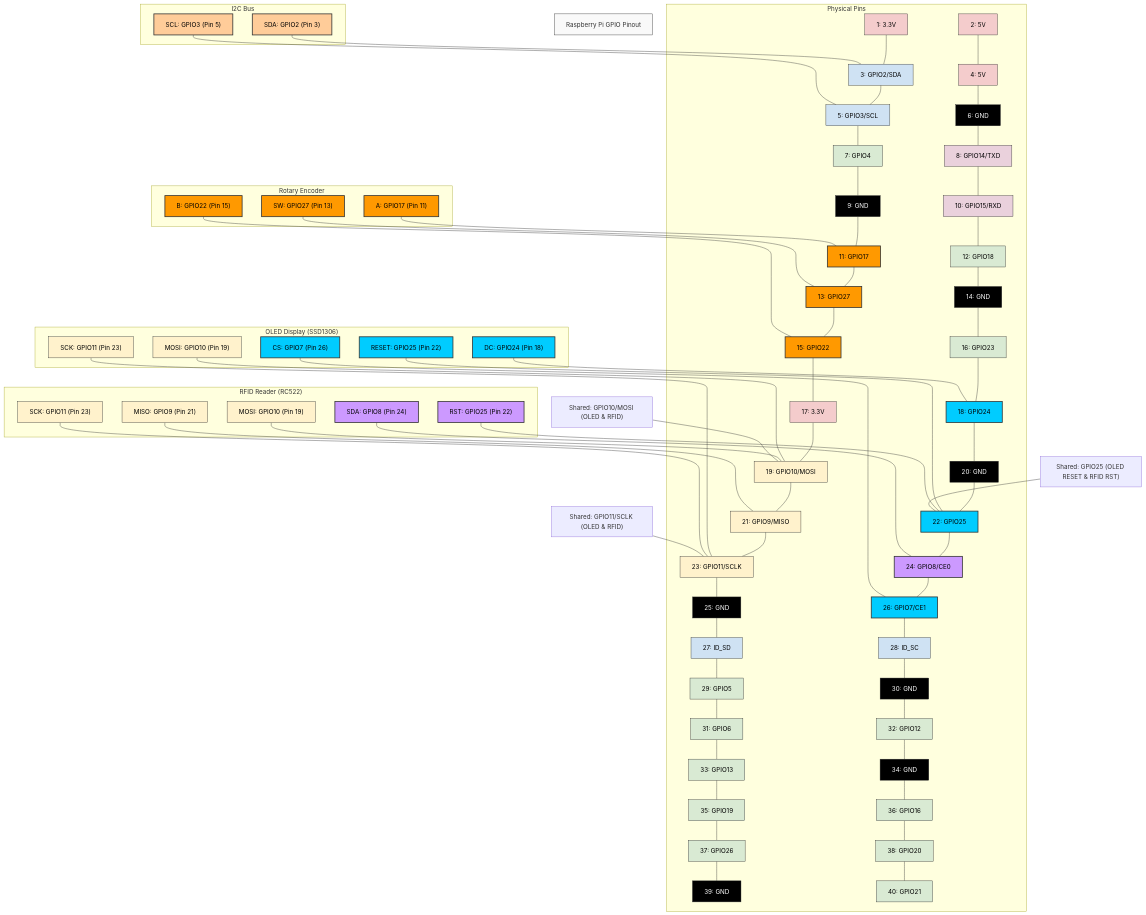
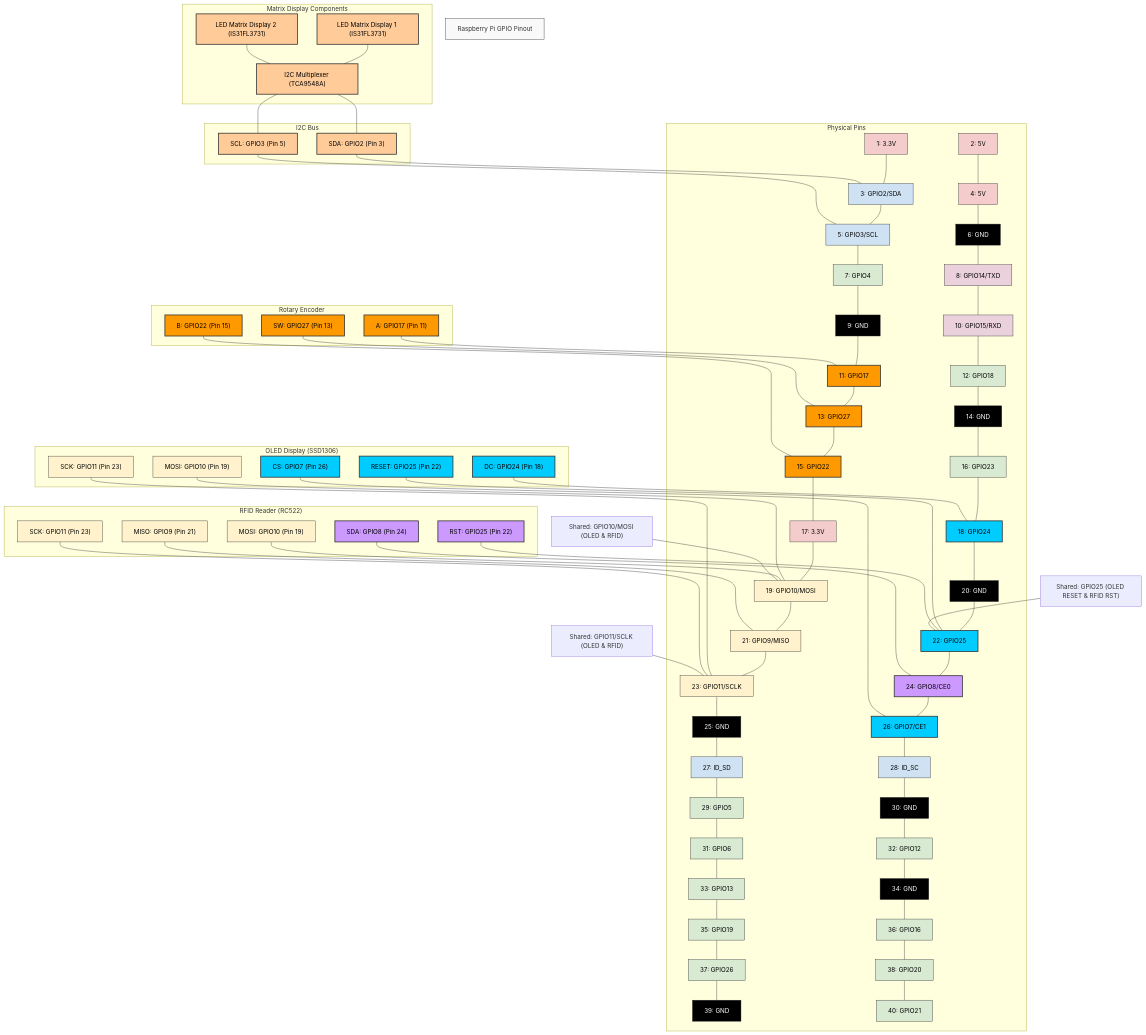
One commit to declanshanaghy/gwent changed the diagram in SETUP_INSTRUCTIONS.md. Above: the diagram before and after it, drawn with Mermaid. The commit also changed other lines of this file, not shown here.

Commit message:
Update SETUP_INSTRUCTIONS.md with correct installation command and matrix components
- Changed setup instructions to use 'make install' instead of 'sudo ./setup_raspberry_pi.sh'
- Added Matrix Multiplexer (TCA9548A) and Matrix Displays (IS31FL3731) to the GPIO pinout diagram
- Added connections between I2C bus, multiplexer, and matrix displays
- Updated shared pins section to include I2C bus sharing information
- Added details about specific make targets for installation

```diff
--- a/SETUP_INSTRUCTIONS.md
+++ b/SETUP_INSTRUCTIONS.md
@@ -72,6 +72,7 @@
     classDef oled fill:#00ccff,stroke:#333,stroke-width:2px,color:#000
     classDef rfid fill:#cc99ff,stroke:#333,stroke-width:2px,color:#000
     classDef i2cbus fill:#ffcc99,stroke:#333,stroke-width:2px,color:#000
+    classDef matrix fill:#99cc00,stroke:#333,stroke-width:2px,color:#000
     
     %% Header row
     header["Raspberry Pi GPIO Pinout"]:::header
@@ -149,6 +150,12 @@
         i2c_scl["SCL: GPIO3 (Pin 5)"]:::i2cbus
     end
     
+    subgraph matrix_components["Matrix Display Components"]
+        matrix_multiplexer["I2C Multiplexer (TCA9548A)"]:::i2cbus
+        matrix_display1["LED Matrix Display 1 (IS31FL3731)"]:::i2cbus
+        matrix_display2["LED Matrix Display 2 (IS31FL3731)"]:::i2cbus
+    end
+    
     %% Connect components to pins
     rotary_a --- p11
     rotary_b --- p15
@@ -169,6 +176,12 @@
     i2c_sda --- p3
     i2c_scl --- p5
     
+    %% Matrix connections through I2C
+    matrix_multiplexer --- i2c_sda
+    matrix_multiplexer --- i2c_scl
+    matrix_display1 --- matrix_multiplexer
+    matrix_display2 --- matrix_multiplexer
+    
     %% Shared connections callouts
     shared1["Shared: GPIO25 (OLED RESET & RFID RST)"]
     shared2["Shared: GPIO10/MOSI (OLED & RFID)"]
```
